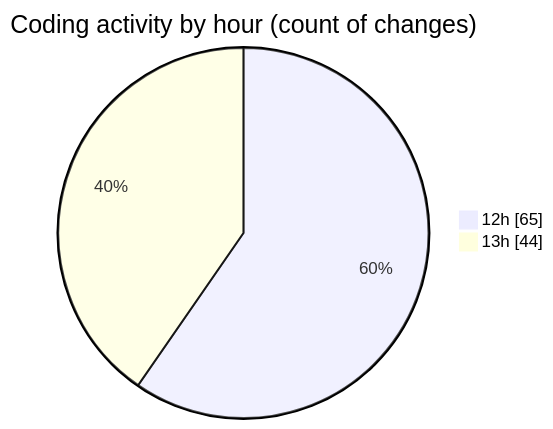
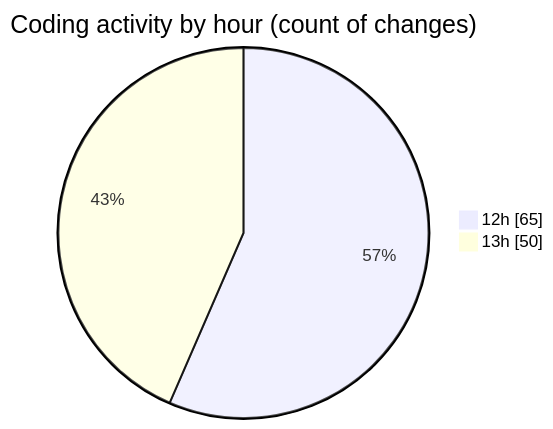
One commit to lephambinh05/code-tracking changed the second of 2 diagrams in 2025-07-19/eduwallet-main/README.md. Above: the diagram before and after it, drawn with Mermaid. The commit also changed other lines of this file and 1 other file, not shown here.

````diff
--- a/2025-07-19/eduwallet-main/README.md
+++ b/2025-07-19/eduwallet-main/README.md
@@ -81,6 +83,6 @@
 ```mermaid
 pie showData
 title Coding activity by hour (count of changes)
 "12h" : 65
-"13h" : 44
+"13h" : 50
 ```
````
